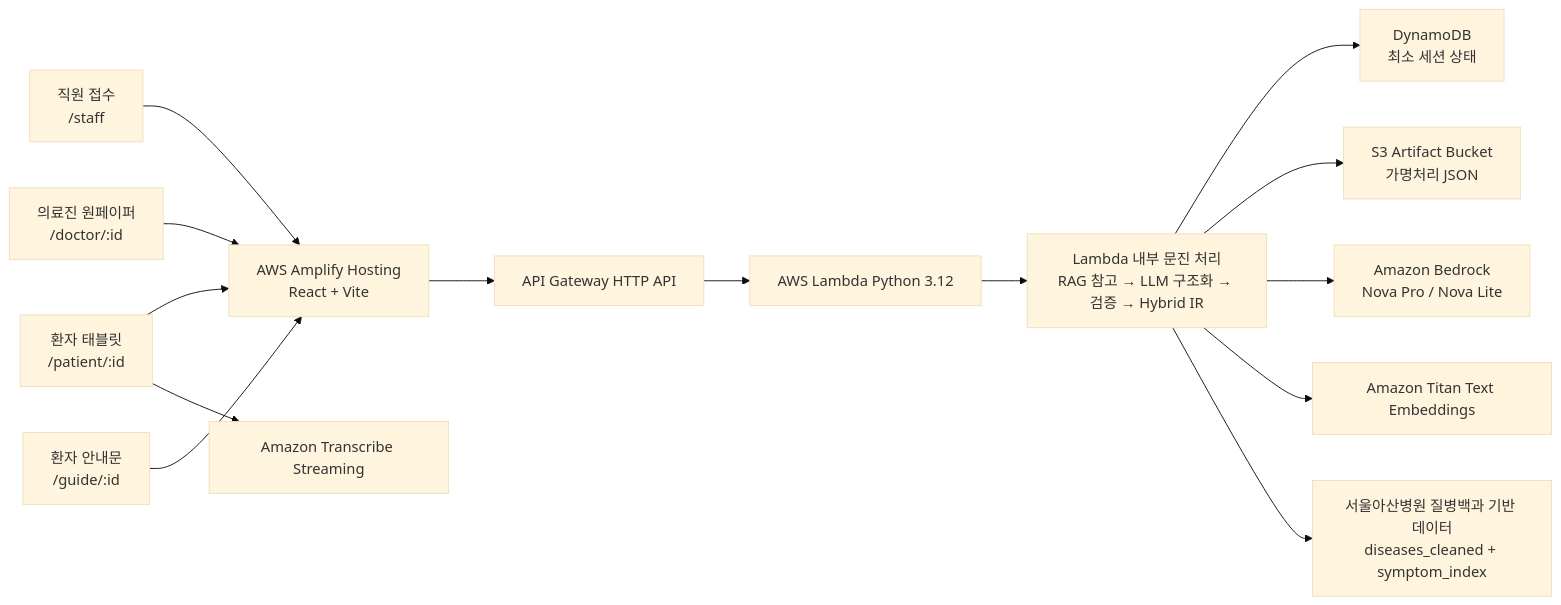
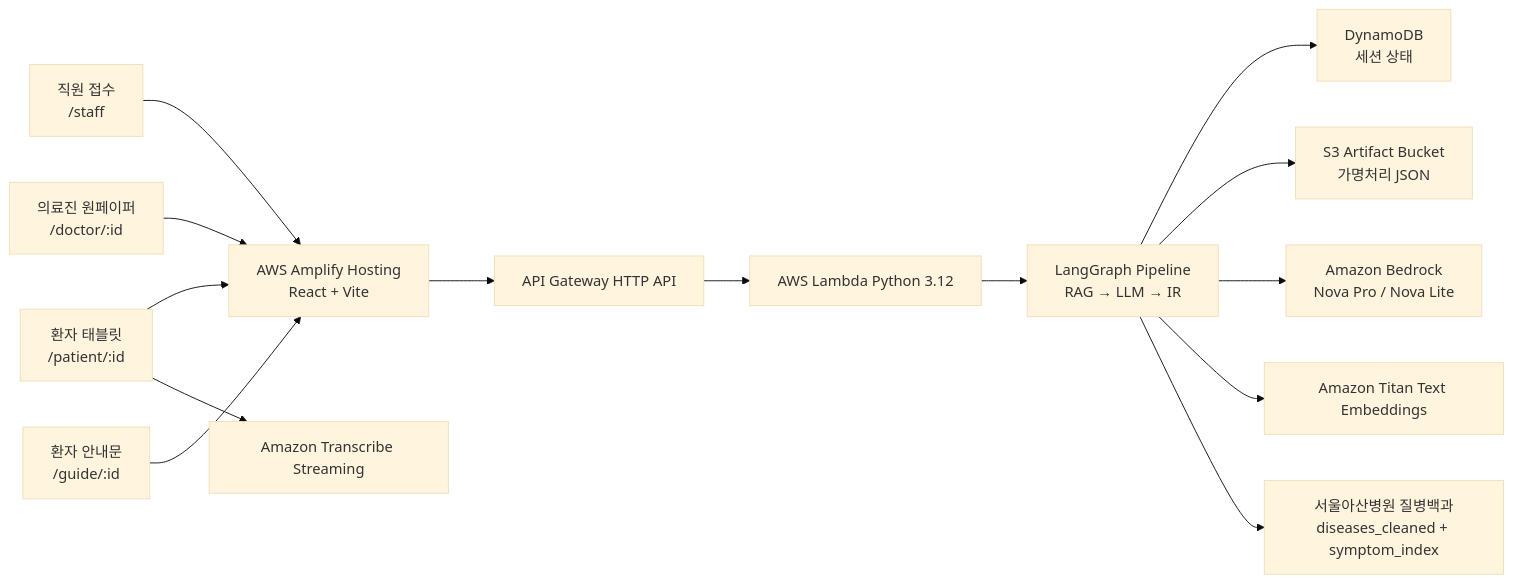
The first of 2 diagrams in README.md (CHOIGIBUM/munjin-talk-talk), drawn with Mermaid (base theme) before and after one commit. The commit also changed other lines of this file, not shown here.

````diff
--- a/README.md
+++ b/README.md
@@ -132,32 +123,32 @@
 ```mermaid
 flowchart LR
   Staff["직원 접수<br/>/staff"]
   Tablet["환자 태블릿<br/>/patient/:id"]
   Doctor["의료진 원페이퍼<br/>/doctor/:id"]
   Guide["환자 안내문<br/>/guide/:id"]
 
   Amplify["AWS Amplify Hosting<br/>React + Vite"]
   Api["API Gateway HTTP API"]
   Lambda["AWS Lambda Python 3.12"]
-  Pipeline["Lambda 내부 문진 처리<br/>RAG 참고 → LLM 구조화 → 검증 → Hybrid IR"]
-  Dynamo["DynamoDB<br/>최소 세션 상태"]
+  Pipeline["LangGraph Pipeline<br/>RAG → LLM → IR"]
+  Dynamo["DynamoDB<br/>세션 상태"]
   S3["S3 Artifact Bucket<br/>가명처리 JSON"]
   Transcribe["Amazon Transcribe Streaming"]
   Bedrock["Amazon Bedrock<br/>Nova Pro / Nova Lite"]
   Titan["Amazon Titan Text Embeddings"]
-  SourceData["서울아산병원 질병백과 기반 데이터<br/>diseases_cleaned + symptom_index"]
+  SourceData["서울아산병원 질병백과<br/>diseases_cleaned + symptom_index"]
 
   Staff --> Amplify
   Tablet --> Amplify
   Doctor --> Amplify
   Guide --> Amplify
   Amplify --> Api
   Api --> Lambda
   Tablet --> Transcribe
   Lambda --> Pipeline
   Pipeline --> Dynamo
   Pipeline --> S3
   Pipeline --> Bedrock
   Pipeline --> Titan
   Pipeline --> SourceData
 ```
````
